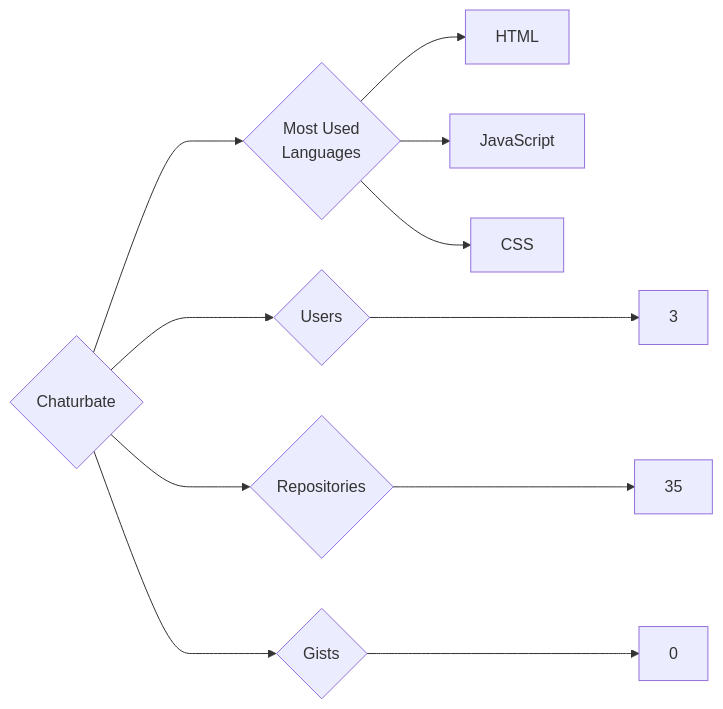
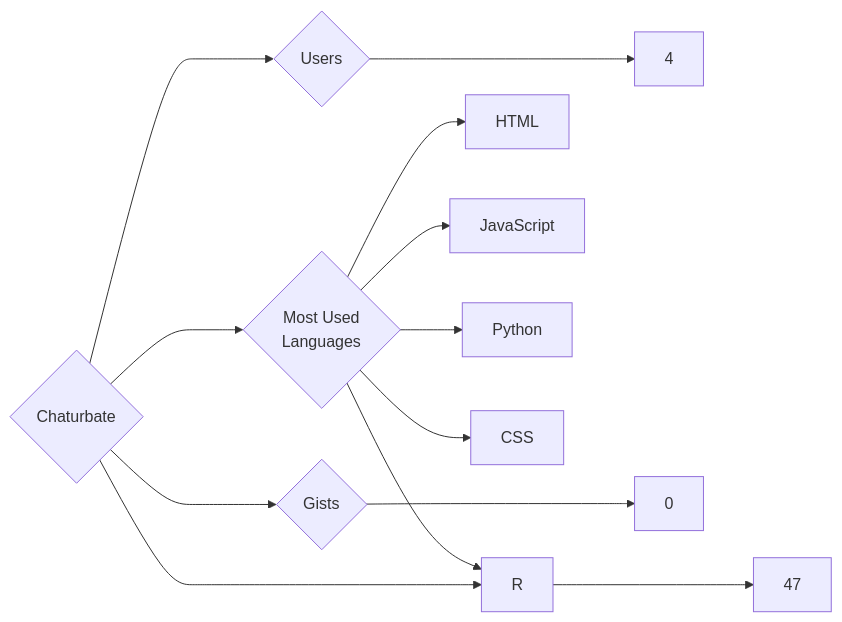
One commit to trickest/insiders changed the diagram in targets/Chaturbate/README.md. Above: the diagram before and after it, drawn with Mermaid. The commit also changed 924 other files, not shown here.

````diff
--- a/targets/Chaturbate/README.md
+++ b/targets/Chaturbate/README.md
@@ -3,11 +3,13 @@
 ```mermaid
 graph LR
 COMPANY_NAME{Chaturbate}
-COMPANY_NAME ---> U{Users} ---> UN[3]
-COMPANY_NAME ---> R{Repositories} ---> RN[35]
+COMPANY_NAME ---> U{Users} ---> UN[4]
+COMPANY_NAME ---> R{Repositories} ---> RN[47]
 COMPANY_NAME ---> G{Gists} ---> GN[0]
 COMPANY_NAME ---> ML{Most Used<br>Languages}
 ML --> HTML[HTML]
 ML --> JavaScript[JavaScript]
+ML --> Python[Python]
 ML --> CSS[CSS]
+ML --> R[R]
 ```
````
